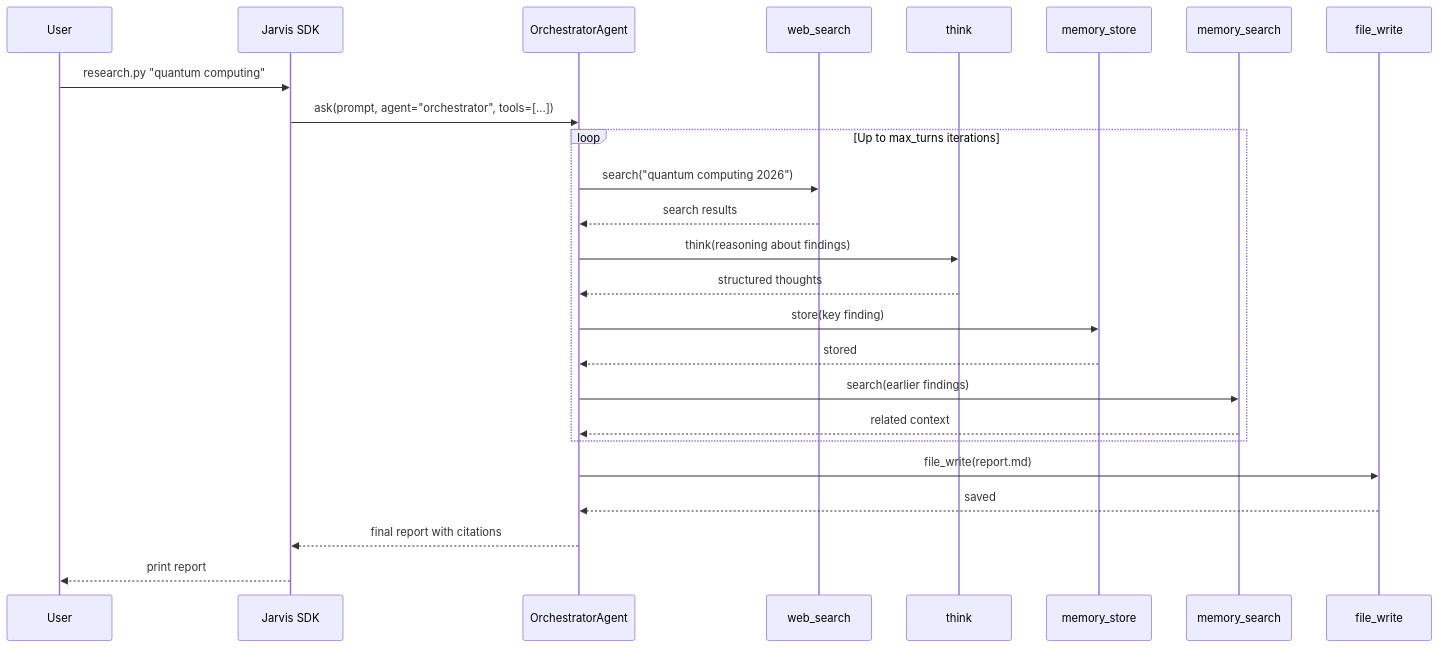
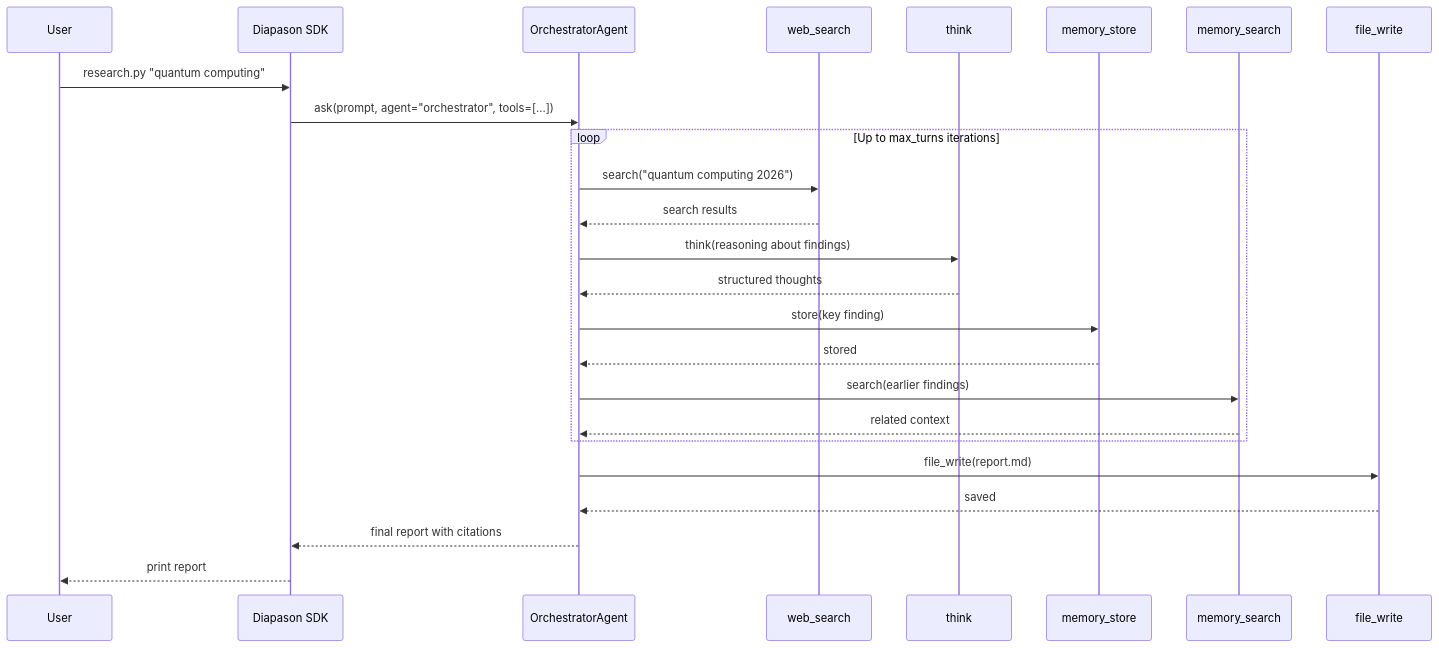
The diagram in docs/tutorials/deep-research.md (carlitoetienne01-spec/Diapason), drawn with Mermaid before and after one commit. The commit also changed other lines of this file and 794 other files, not shown here.

````diff
--- a/docs/tutorials/deep-research.md
+++ b/docs/tutorials/deep-research.md
@@ -42,28 +42,28 @@
 ```mermaid
 sequenceDiagram
     participant U as User
-    participant J as Jarvis SDK
+    participant J as Diapason SDK
     participant O as OrchestratorAgent
     participant W as web_search
     participant T as think
     participant MS as memory_store
     participant MQ as memory_search
     participant F as file_write
 
     U->>J: research.py "quantum computing"
     J->>O: ask(prompt, agent="orchestrator", tools=[...])
     loop Up to max_turns iterations
         O->>W: search("quantum computing 2026")
         W-->>O: search results
         O->>T: think(reasoning about findings)
         T-->>O: structured thoughts
         O->>MS: store(key finding)
         MS-->>O: stored
         O->>MQ: search(earlier findings)
         MQ-->>O: related context
     end
     O->>F: file_write(report.md)
     F-->>O: saved
     O-->>J: final report with citations
     J-->>U: print report
 ```
````
